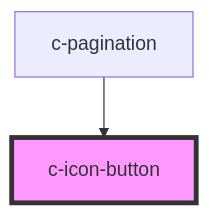
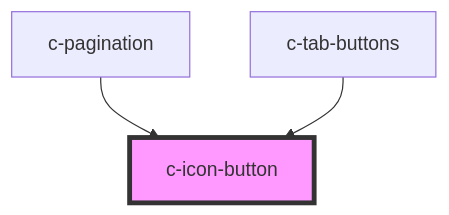
One commit to hannyle/csc-ui changed the diagram in src/components/c-icon-button/readme.md. Above: the diagram before and after it, drawn with Mermaid. The commit also changed other lines of this file and 37 other files, not shown here.

````diff
--- a/src/components/c-icon-button/readme.md
+++ b/src/components/c-icon-button/readme.md
@@ -27,5 +35,6 @@
 ```mermaid
 graph TD;
   c-pagination --> c-icon-button
+  c-tab-buttons --> c-icon-button
   style c-icon-button fill:#f9f,stroke:#333,stroke-width:4px
 ```
````
